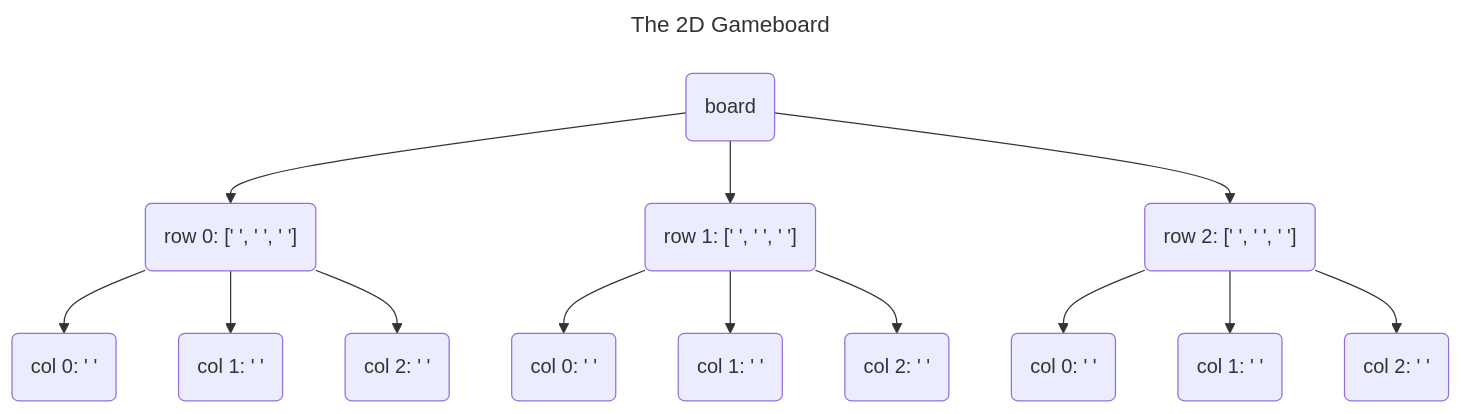
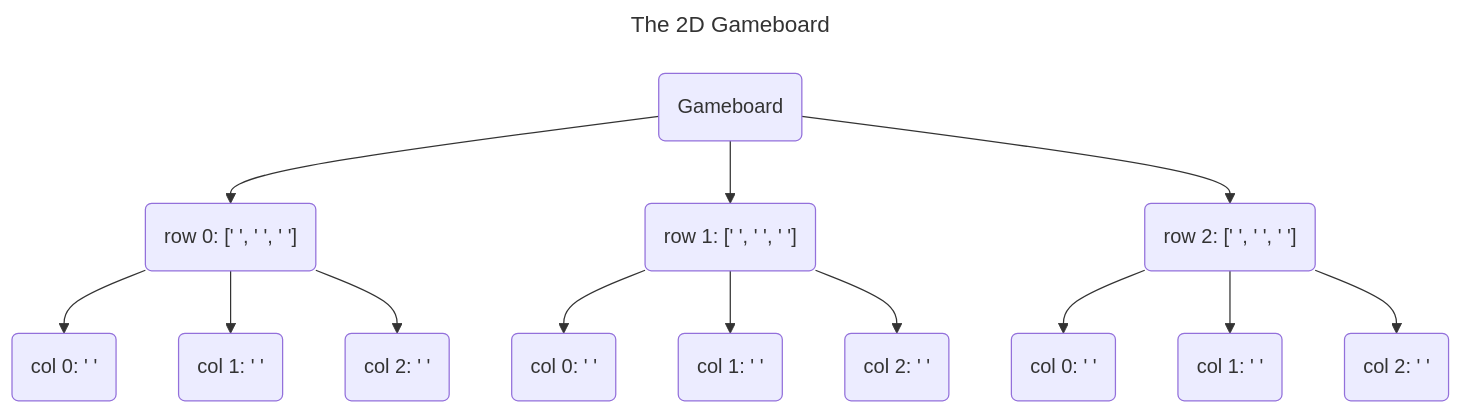
One commit to Alena-Alexander/Tic-Tac-Toe changed the third of 3 diagrams in README.md. Above: the diagram before and after it, drawn with Mermaid.

````diff
--- a/README.md
+++ b/README.md
@@ -253,19 +253,19 @@
 ```mermaid
 ---
 title: The 2D Gameboard
 ---
 
-graph TD
-    A("board") --> B("row 0: [' ', ' ', ' ']")
+flowchart TD
+    A("Gameboard") --> B("row 0: [' ', ' ', ' ']")
     A --> C("row 1: [' ', ' ', ' ']")
     A --> D("row 2: [' ', ' ', ' ']")
     B --> E("col 0: ' '")
     B --> F("col 1: ' '")
     B --> G("col 2: ' '")
     C --> H("col 0: ' '")
     C --> I("col 1: ' '")
     C --> J("col 2: ' '")
     D --> K("col 0: ' '")
     D --> L("col 1: ' '")
     D --> M("col 2: ' '")
 ```
````
